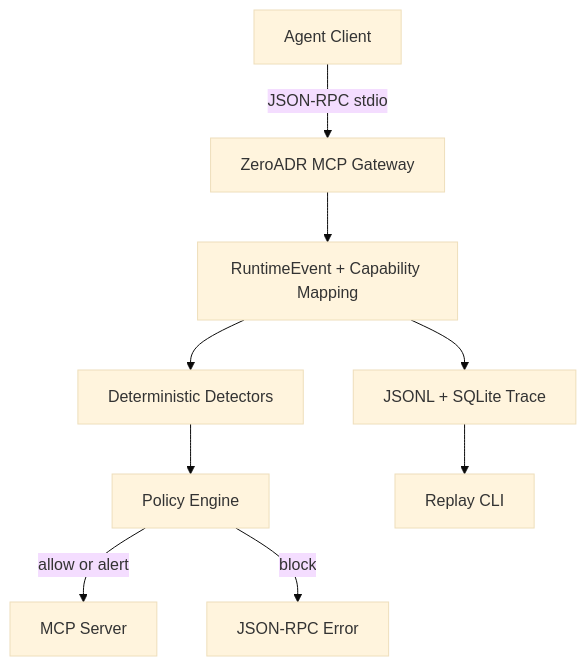
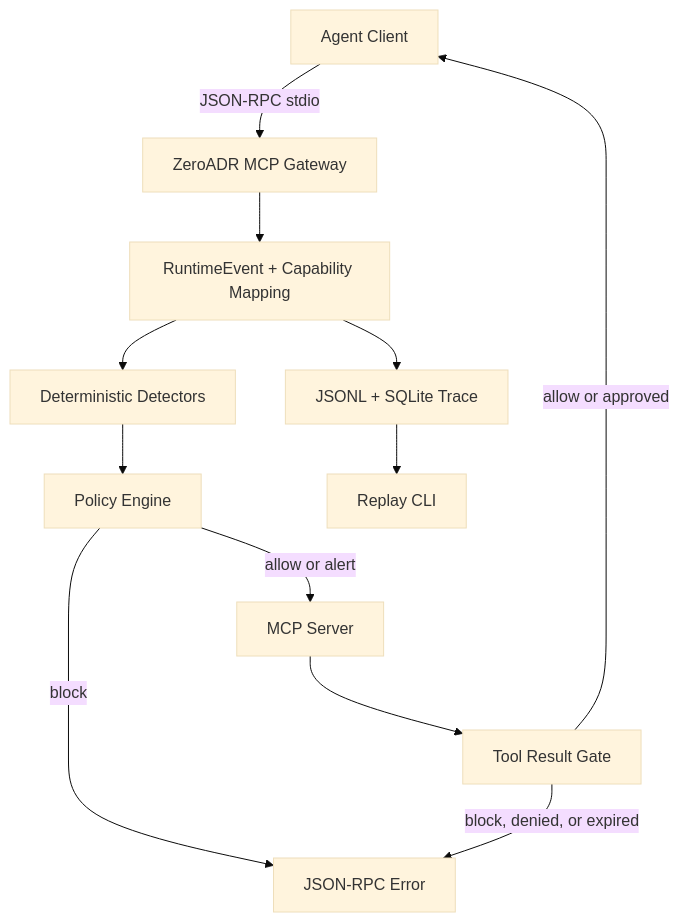
Before and after one commit to Ch1nfo/ZeroADR: the diagram in docs/architecture.md, drawn with Mermaid (base theme). The commit also changed other lines of this file and 24 other files, not shown here.

Commit message:
Production MCP Tool Result Gate

````diff
--- a/docs/architecture.md
+++ b/docs/architecture.md
@@ -12,11 +12,14 @@
 ```mermaid
 flowchart TD
     AgentClient["Agent Client"] -->|"JSON-RPC stdio"| Gateway["ZeroADR MCP Gateway"]
     Gateway --> Normalization["RuntimeEvent + Capability Mapping"]
     Normalization --> Detection["Deterministic Detectors"]
     Detection --> Policy["Policy Engine"]
     Policy -->|"allow or alert"| MCPServer["MCP Server"]
     Policy -->|"block"| JsonRpcError["JSON-RPC Error"]
+    MCPServer --> ResultGate["Tool Result Gate"]
+    ResultGate -->|"allow or approved"| AgentClient
+    ResultGate -->|"block, denied, or expired"| JsonRpcError
     Normalization --> Trace["JSONL + SQLite Trace"]
     Trace --> Replay["Replay CLI"]
 ```
````
